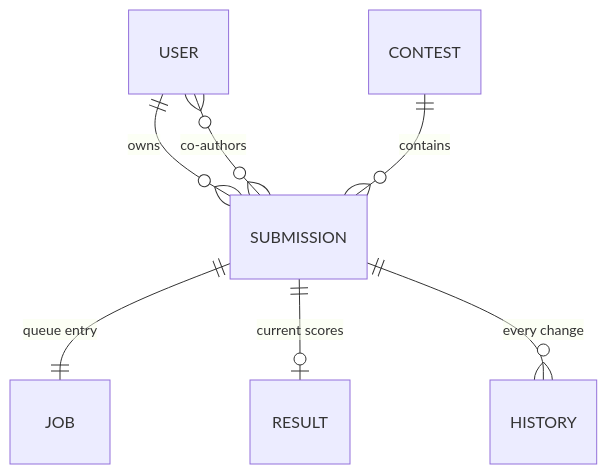
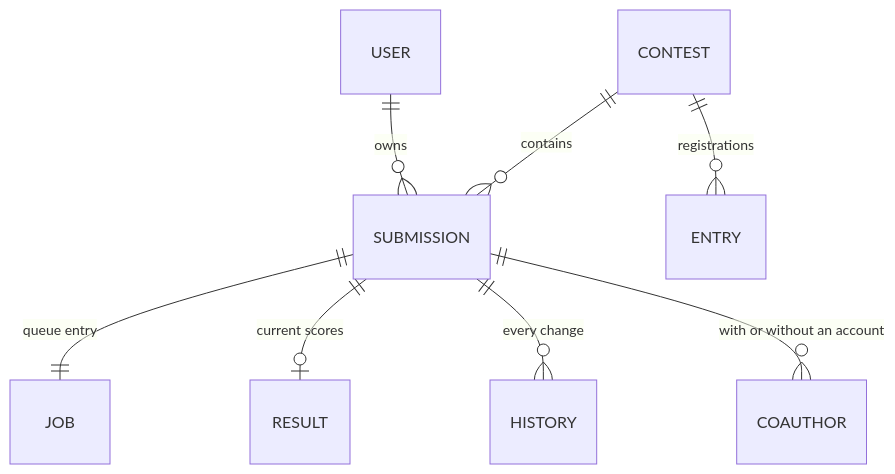
One commit to McMaster-Battery-Research-Group/battery-soc-benchmark changed the diagram in docs/walkthrough/06-the-data-model.md. Above: the diagram before and after it, drawn with Mermaid. The commit also changed other lines of this file and 46 other files, not shown here.

````diff
--- a/docs/walkthrough/06-the-data-model.md
+++ b/docs/walkthrough/06-the-data-model.md
@@ -8,9 +8,10 @@
 ```mermaid
 erDiagram
     USER ||--o{ SUBMISSION : owns
     SUBMISSION ||--|| JOB : "queue entry"
     SUBMISSION ||--o| RESULT : "current scores"
     SUBMISSION ||--o{ HISTORY : "every change"
-    SUBMISSION }o--o{ USER : "co-authors"
+    SUBMISSION ||--o{ COAUTHOR : "with or without an account"
     CONTEST ||--o{ SUBMISSION : contains
+    CONTEST ||--o{ ENTRY : "registrations"
 ```
````
